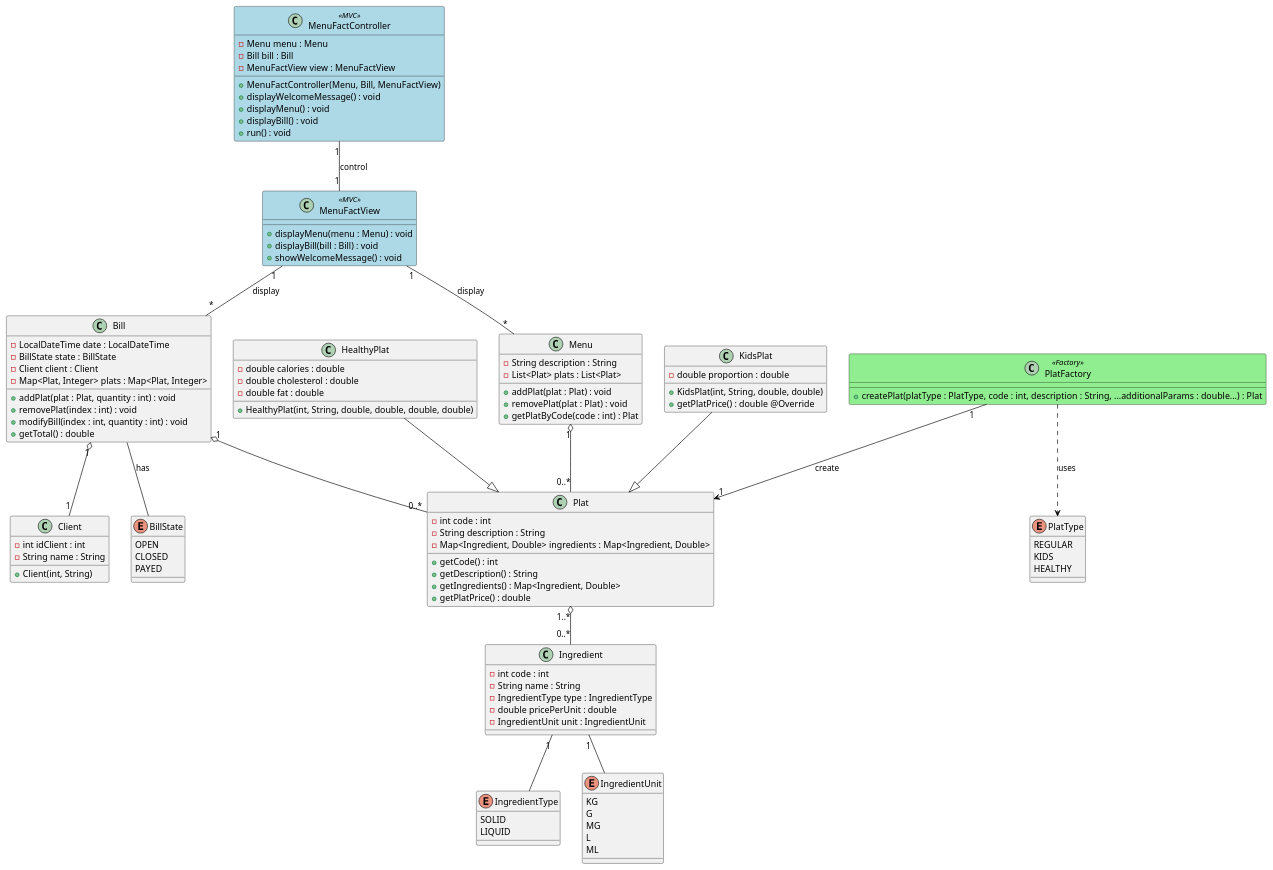
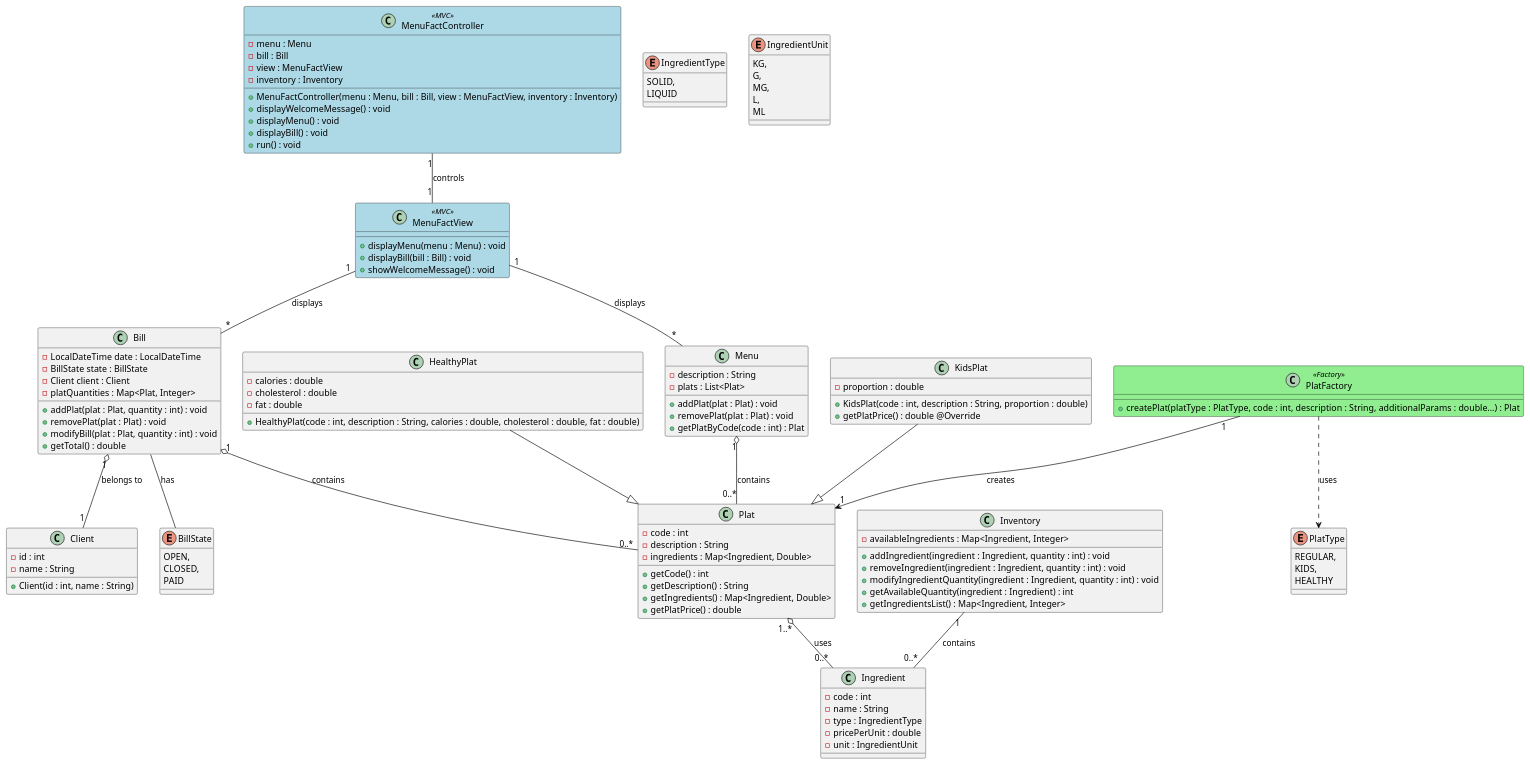
The diagram in diagram-class.plantuml (ElxHadi/S3-GIF350), drawn with PlantUML before and after one commit. The commit also changed 10 other files, not shown here.

Commit message:
add: factory for ingredient and builder for plats

```diff
--- a/diagram-class.plantuml
+++ b/diagram-class.plantuml
@@ -1,133 +1,142 @@
 @startuml menuFact
 
 skinparam class {
     BackgroundColor<<MVC>> LightBlue
     BackgroundColor<<Factory>> LightGreen
     BorderColor black
     ArrowColor black
     ClassFontColor black
 }
 
 ' // Controller Class (MVC)
 class MenuFactController <<MVC>> {
-    - Menu menu : Menu
-    - Bill bill : Bill
-    - MenuFactView view : MenuFactView
-    + MenuFactController(Menu, Bill, MenuFactView)
+    - menu : Menu
+    - bill : Bill
+    - view : MenuFactView
+    - inventory : Inventory
+    + MenuFactController(menu : Menu, bill : Bill, view : MenuFactView, inventory : Inventory)
     + displayWelcomeMessage() : void
     + displayMenu() : void
     + displayBill() : void
     + run() : void
 }
 
 ' // View Class (MVC)
 class MenuFactView <<MVC>> {
     + displayMenu(menu : Menu) : void
     + displayBill(bill : Bill) : void
     + showWelcomeMessage() : void
 }
 
 ' // Models
 class Menu {
-    - String description : String
-    - List<Plat> plats : List<Plat>
+    - description : String
+    - plats : List<Plat>
     + addPlat(plat : Plat) : void
     + removePlat(plat : Plat) : void
     + getPlatByCode(code : int) : Plat
 }
 
 class Bill {
     - LocalDateTime date : LocalDateTime
     - BillState state : BillState
     - Client client : Client
-    - Map<Plat, Integer> plats : Map<Plat, Integer>
+    - platQuantities : Map<Plat, Integer>
     + addPlat(plat : Plat, quantity : int) : void
-    + removePlat(index : int) : void
-    + modifyBill(index : int, quantity : int) : void
+    + removePlat(plat : Plat) : void
+    + modifyBill(plat : Plat, quantity : int) : void
     + getTotal() : double
 }
 
 class Plat {
-    - int code : int
-    - String description : String
-    - Map<Ingredient, Double> ingredients : Map<Ingredient, Double>
+    - code : int
+    - description : String
+    - ingredients : Map<Ingredient, Double>
     + getCode() : int
     + getDescription() : String
     + getIngredients() : Map<Ingredient, Double>
     + getPlatPrice() : double
 }
 
 class KidsPlat {
-    - double proportion : double
-    + KidsPlat(int, String, double, double) 
+    - proportion : double
+    + KidsPlat(code : int, description : String, proportion : double) 
     + getPlatPrice() : double @Override
 }
 
 class HealthyPlat {
-    - double calories : double
-    - double cholesterol : double
-    - double fat : double
-    + HealthyPlat(int, String, double, double, double, double)
+    - calories : double
+    - cholesterol : double
+    - fat : double
+    + HealthyPlat(code : int, description : String, calories : double, cholesterol : double, fat : double)
 }
 
 class Client {
-    - int idClient : int
-    - String name : String
-    + Client(int, String)
+    - id : int
+    - name : String
+    + Client(id : int, name : String)
 }
 
 class Ingredient {
-    - int code : int
-    - String name : String
-    - IngredientType type : IngredientType
-    - double pricePerUnit : double
-    - IngredientUnit unit : IngredientUnit
+    - code : int
+    - name : String
+    - type : IngredientType
+    - pricePerUnit : double
+    - unit : IngredientUnit
+}
+
+class Inventory {
+    - availableIngredients : Map<Ingredient, Integer>
+    + addIngredient(ingredient : Ingredient, quantity : int) : void
+    + removeIngredient(ingredient : Ingredient, quantity : int) : void
+    + modifyIngredientQuantity(ingredient : Ingredient, quantity : int) : void
+    + getAvailableQuantity(ingredient : Ingredient) : int
+    + getIngredientsList() : Map<Ingredient, Integer>
 }
 
 enum IngredientType {
-    SOLID
+    SOLID,
     LIQUID
 }
 
 enum IngredientUnit {
-    KG
-    G
-    MG
-    L
+    KG,
+    G,
+    MG,
+    L,
     ML
 }
 
 enum BillState {
-    OPEN
-    CLOSED
-    PAYED
+    OPEN,
+    CLOSED,
+    PAID
 }
 
 ' // Factory Pattern (Factory)
 class PlatFactory <<Factory>> {
-    + createPlat(platType : PlatType, code : int, description : String, ...additionalParams : double...) : Plat
+    + createPlat(platType : PlatType, code : int, description : String, additionalParams : double...) : Plat
 }
 
 enum PlatType {
-    REGULAR
-    KIDS
+    REGULAR,
+    KIDS,
     HEALTHY
 }
 
 ' Associations and cardinalities
-MenuFactController "1" -- "1" MenuFactView : "control"
-MenuFactView "1" -- "*" Menu : "display"
-MenuFactView "1" -- "*" Bill : "display"
-Menu "1" o-- "0..*" Plat
-Bill "1" o-- "0..*" Plat
-Bill "1" o-- "1" Client
-PlatFactory "1" --> "1" Plat : "create"
+MenuFactController "1" -- "1" MenuFactView : "controls"
+MenuFactView "1" -- "*" Menu : "displays"
+MenuFactView "1" -- "*" Bill : "displays"
+Menu "1" o-- "0..*" Plat : "contains"
+Bill "1" o-- "0..*" Plat : "contains"
+Bill "1" o-- "1" Client : "belongs to"
+PlatFactory "1" --> "1" Plat : "creates"
 PlatFactory ..> PlatType : "uses"
 KidsPlat --|> Plat
 HealthyPlat --|> Plat
 Bill -- BillState : "has"
-Plat "1..*" o-- "0..*" Ingredient
-Ingredient "1" -- IngredientType
-Ingredient "1" -- IngredientUnit
+Inventory "1" -- "0..*" Ingredient : "contains"
+Plat "1..*" o-- "0..*" Ingredient : "uses"
 
 @enduml
```
